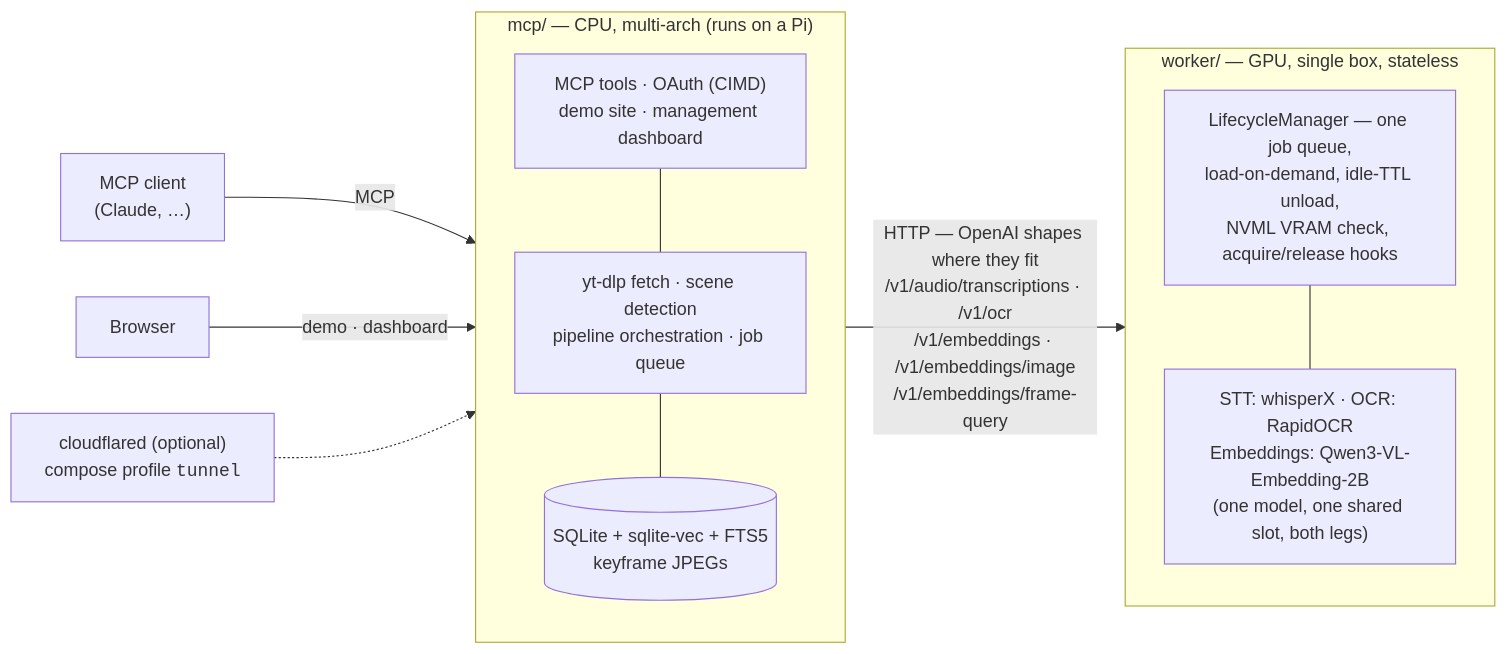
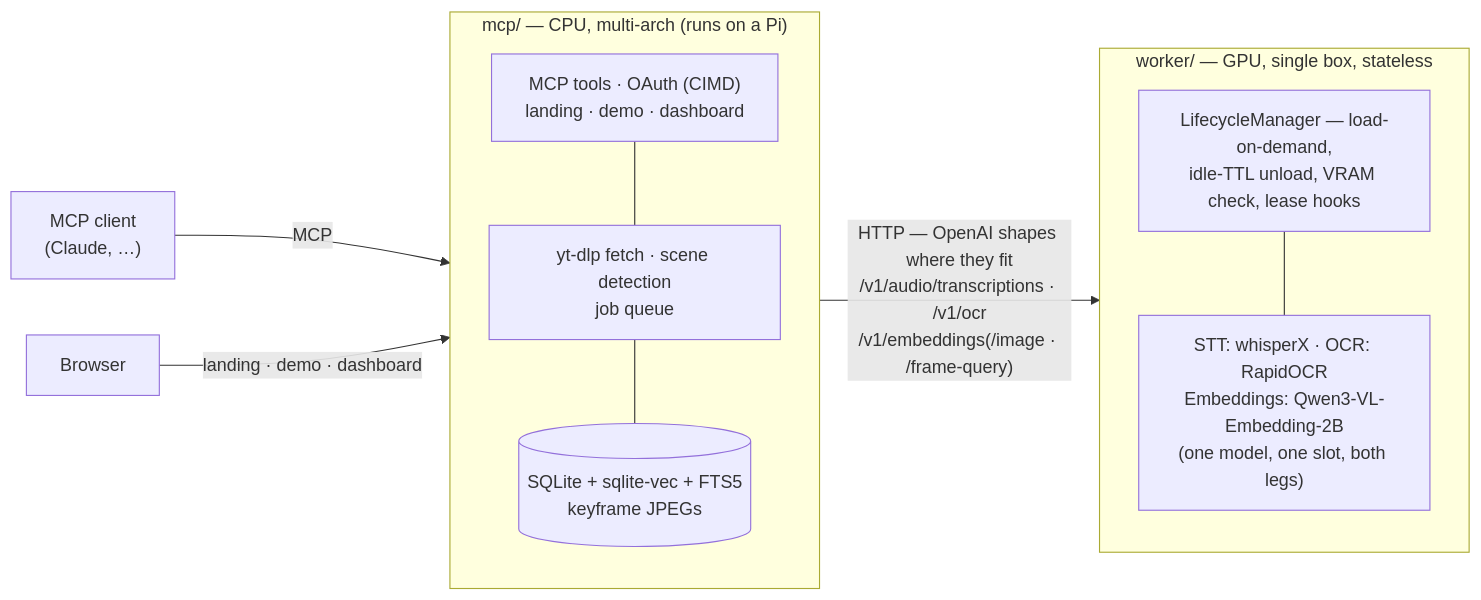
Before and after one commit to T0mSIlver/vidtheque: the diagram in README.md, drawn with Mermaid. The commit also changed other lines of this file, not shown here.

````diff
--- a/README.md
+++ b/README.md
@@ -28,24 +64,15 @@
 ```mermaid
 flowchart LR
     client["MCP client<br/>(Claude, …)"] -->|MCP| MCP
-    browser["Browser"] -->|"demo · dashboard"| MCP
-
+    browser["Browser"] -->|"landing · demo · dashboard"| MCP
     subgraph MCP ["mcp/ — CPU, multi-arch (runs on a Pi)"]
-        direction TB
-        surface["MCP tools · OAuth (CIMD)<br/>demo site · management dashboard"]
-        pipeline["yt-dlp fetch · scene detection<br/>pipeline orchestration · job queue"]
+        surface["MCP tools · OAuth (CIMD)<br/>landing · demo · dashboard"] ---
+        pipeline["yt-dlp fetch · scene detection<br/>job queue"] ---
         store[("SQLite + sqlite-vec + FTS5<br/>keyframe JPEGs")]
-        surface --- pipeline --- store
     end
-
-    MCP -->|"HTTP — OpenAI shapes where they fit<br/>/v1/audio/transcriptions · /v1/ocr<br/>/v1/embeddings · /v1/embeddings/image<br/>/v1/embeddings/frame-query"| Worker
-
+    MCP -->|"HTTP — OpenAI shapes where they fit<br/>/v1/audio/transcriptions · /v1/ocr<br/>/v1/embeddings(/image · /frame-query)"| Worker
     subgraph Worker ["worker/ — GPU, single box, stateless"]
-        direction TB
-        lm["LifecycleManager — one job queue,<br/>load-on-demand, idle-TTL unload,<br/>NVML VRAM check, acquire/release hooks"]
-        backends["STT: whisperX · OCR: RapidOCR<br/>Embeddings: Qwen3-VL-Embedding-2B<br/>(one model, one shared slot, both legs)"]
-        lm --- backends
+        lm["LifecycleManager — load-on-demand,<br/>idle-TTL unload, VRAM check, lease hooks"] ---
+        backends["STT: whisperX · OCR: RapidOCR<br/>Embeddings: Qwen3-VL-Embedding-2B<br/>(one model, one slot, both legs)"]
     end
-
-    tunnel["cloudflared (optional)<br/>compose profile <code>tunnel</code>"] -.-> MCP
 ```
````
